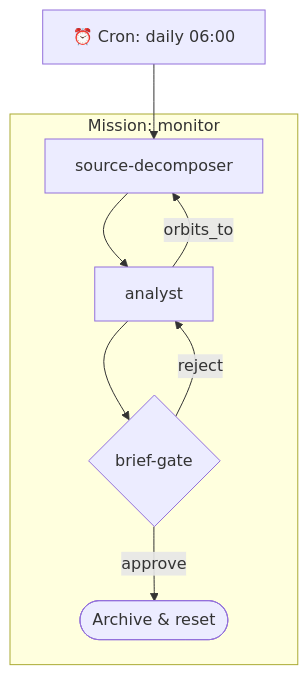
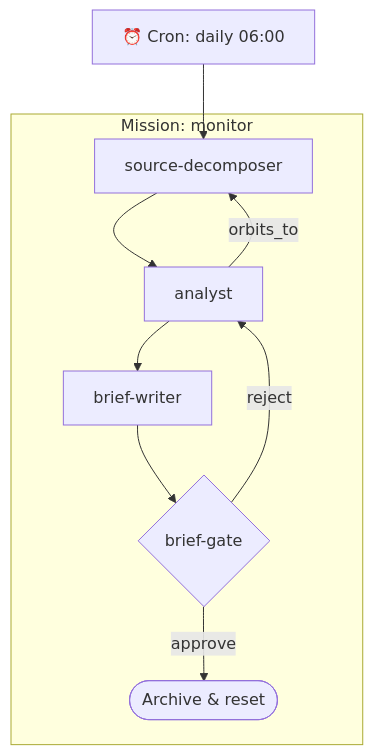
One commit to Modal-Vector/Orbit-Rover changed the second of 3 diagrams in docs/studios.md. Above: the diagram before and after it, drawn with Mermaid. The commit also changed other lines of this file and 5 other files, not shown here.

First line of the commit message:
Add brief-writer component to sentinel monitor mission

````diff
--- a/docs/studios.md
+++ b/docs/studios.md
@@ -100,12 +100,13 @@
 ```mermaid
 flowchart TD
     CRON["⏰ Cron: daily 06:00"] --> DECOMPOSE
 
     subgraph Monitor["Mission: monitor"]
         DECOMPOSE[source-decomposer] --> ANALYSE[analyst]
         ANALYSE -->|orbits_to| DECOMPOSE
-        ANALYSE --> GATE{brief-gate}
+        ANALYSE --> ASSEMBLE[brief-writer]
+        ASSEMBLE --> GATE{brief-gate}
         GATE -->|approve| DONE([Archive & reset])
         GATE -->|reject| ANALYSE
     end
 ```
````
